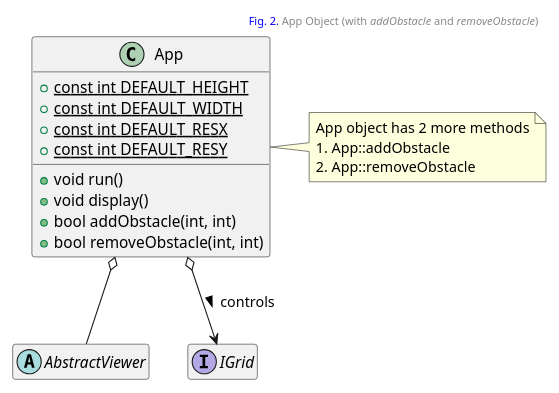
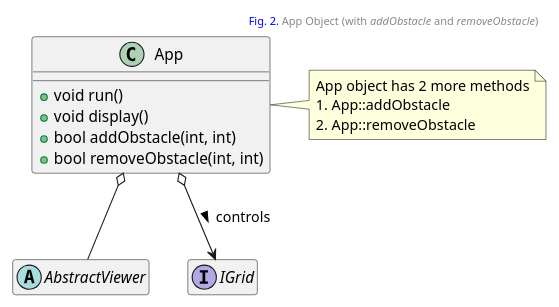
Before and after one commit to kanmeugne/kanmeugne.github.io: the second of 4 diagrams in _posts/modsim/2020-10-04-2d-grid-obstacles.md, drawn with PlantUML. The commit also changed other lines of this file and 1 other file, not shown here.

```diff
--- a/_posts/modsim/2020-10-04-2d-grid-obstacles.md
+++ b/_posts/modsim/2020-10-04-2d-grid-obstacles.md
@@ -50,29 +87,25 @@
 {% plantuml %}
 @startuml
 header: <font color=blue>Fig. 2.</font> App Object (with <i>addObstacle</i> and <i>removeObstacle</i>)
 scale 0.9
 class App {
-    + {static} const int DEFAULT_HEIGHT
-    + {static} const int DEFAULT_WIDTH
-    + {static} const int DEFAULT_RESX
-    + {static} const int DEFAULT_RESY
     + void run()
     + void display()
     + bool addObstacle(int, int)
     + bool removeObstacle(int, int)
 }
 
 note right
 App object has 2 more methods
 # App::addObstacle
 # App::removeObstacle
 end note
 abstract class AbstractViewer
 interface IGrid
 App o-- AbstractViewer
 App o--> IGrid : controls >
 hide IGrid members
 hide AbstractViewer members
 
 @enduml
 {% endplantuml %}
```
